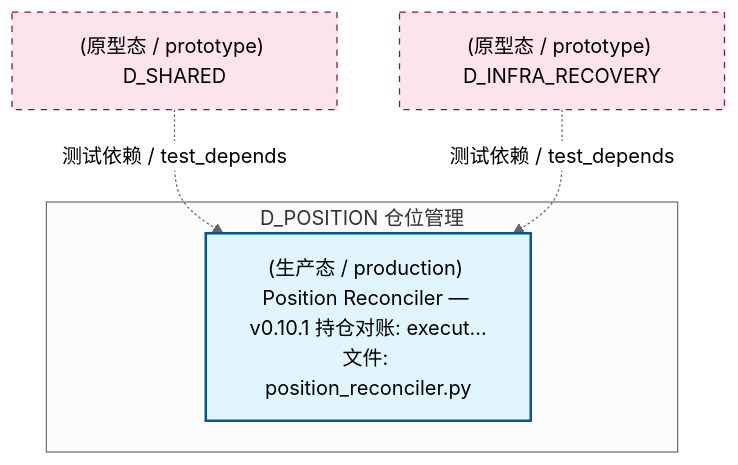
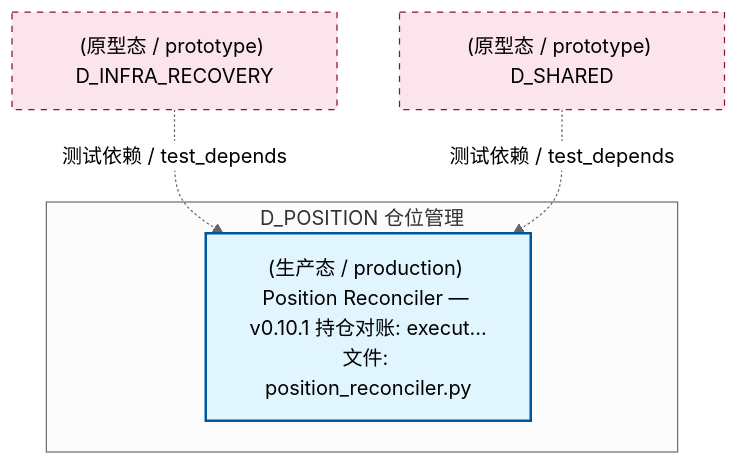
The second of 4 diagrams in docs/02_enterprise_architecture/02_domain_architecture_docs/53_d_position.md (xuanFelixVan/ZephyrAlpha), drawn with Mermaid (neutral theme) before and after one commit. The commit also changed other lines of this file and 125 other files, not shown here.

````diff
--- a/docs/02_enterprise_architecture/02_domain_architecture_docs/53_d_position.md
+++ b/docs/02_enterprise_architecture/02_domain_architecture_docs/53_d_position.md
@@ -101,16 +101,16 @@
 ```mermaid
 graph TD
     subgraph D_POSITION["D_POSITION 仓位管理"]
         src_zephyr_position_position_reconciler_py["(生产态 / production) Position Reconciler — v0.10.1 持仓对账: execut...<br/>文件: position_reconciler.py"]
     end
+    D_INFRA_RECOVERY["(原型态 / prototype) D_INFRA_RECOVERY"]
+    D_INFRA_RECOVERY -.->|测试依赖 / test_depends| src_zephyr_position_position_reconciler_py
     D_SHARED["(原型态 / prototype) D_SHARED"]
     D_SHARED -.->|测试依赖 / test_depends| src_zephyr_position_position_reconciler_py
-    D_INFRA_RECOVERY["(原型态 / prototype) D_INFRA_RECOVERY"]
-    D_INFRA_RECOVERY -.->|测试依赖 / test_depends| src_zephyr_position_position_reconciler_py
     classDef production fill:#e1f5fe,stroke:#01579b,stroke-width:2px,color:#000
     classDef design fill:#fff3e0,stroke:#e65100,stroke-width:2px,color:#000,stroke-dasharray: 5 5
     classDef external_prod fill:#e8f5e9,stroke:#1b5e20,stroke-width:1px,color:#000
     classDef external_design fill:#fce4ec,stroke:#880e4f,stroke-width:1px,color:#000,stroke-dasharray: 5 5
     class src_zephyr_position_position_reconciler_py production
-    class D_SHARED,D_INFRA_RECOVERY external_design
+    class D_INFRA_RECOVERY,D_SHARED external_design
 ```
````
